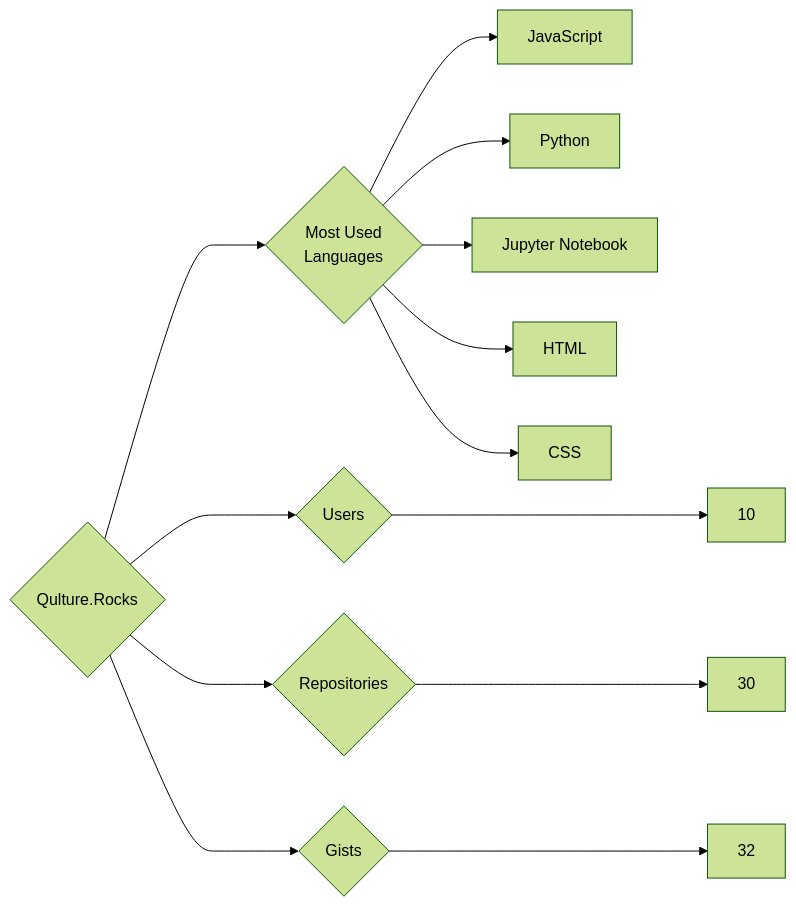
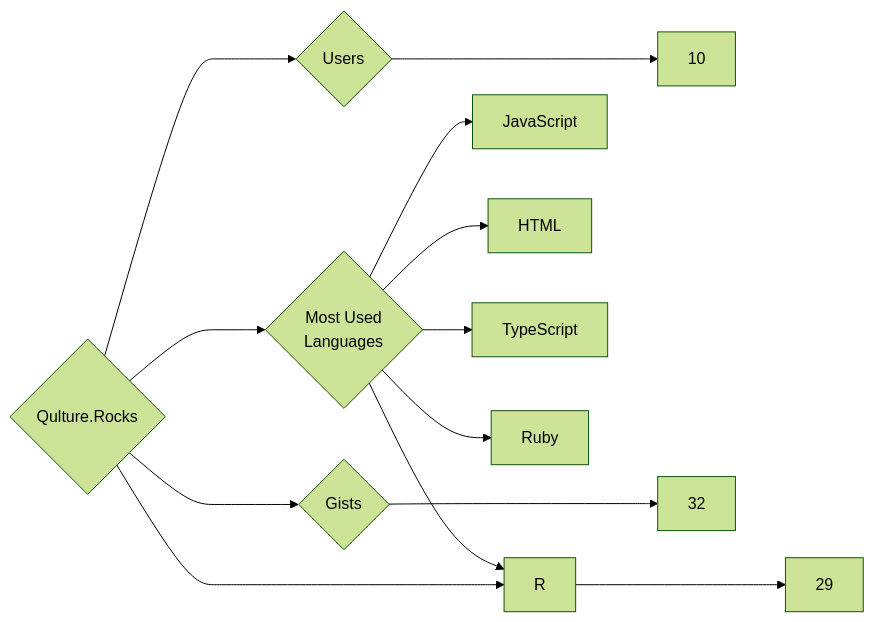
Before and after one commit to trickest/insiders: the diagram in targets/Qulture.Rocks/README.md, drawn with Mermaid (forest theme). The commit also changed 1696 other files, not shown here.

````diff
--- a/targets/Qulture.Rocks/README.md
+++ b/targets/Qulture.Rocks/README.md
@@ -3,13 +3,13 @@
 ```mermaid
 graph LR
 COMPANY_NAME{Qulture.Rocks}
 COMPANY_NAME ---> U{Users} ---> UN[10]
-COMPANY_NAME ---> R{Repositories} ---> RN[30]
+COMPANY_NAME ---> R{Repositories} ---> RN[29]
 COMPANY_NAME ---> G{Gists} ---> GN[32]
 COMPANY_NAME ---> ML{Most Used<br>Languages}
 ML --> JavaScript[JavaScript]
-ML --> Python[Python]
-ML --> Jupyter_Notebook[Jupyter Notebook]
 ML --> HTML[HTML]
-ML --> CSS[CSS]
+ML --> TypeScript[TypeScript]
+ML --> Ruby[Ruby]
+ML --> R[R]
 ```
````
